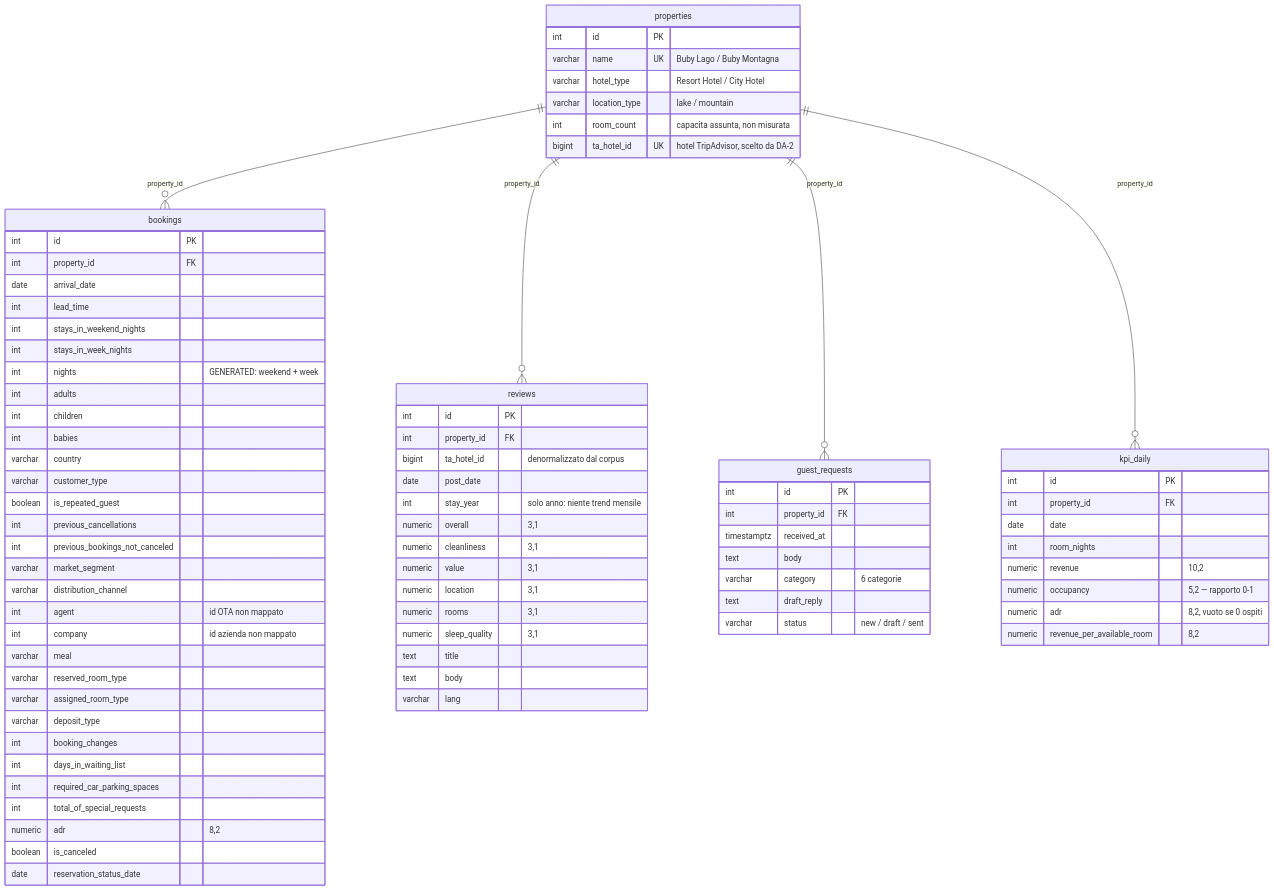
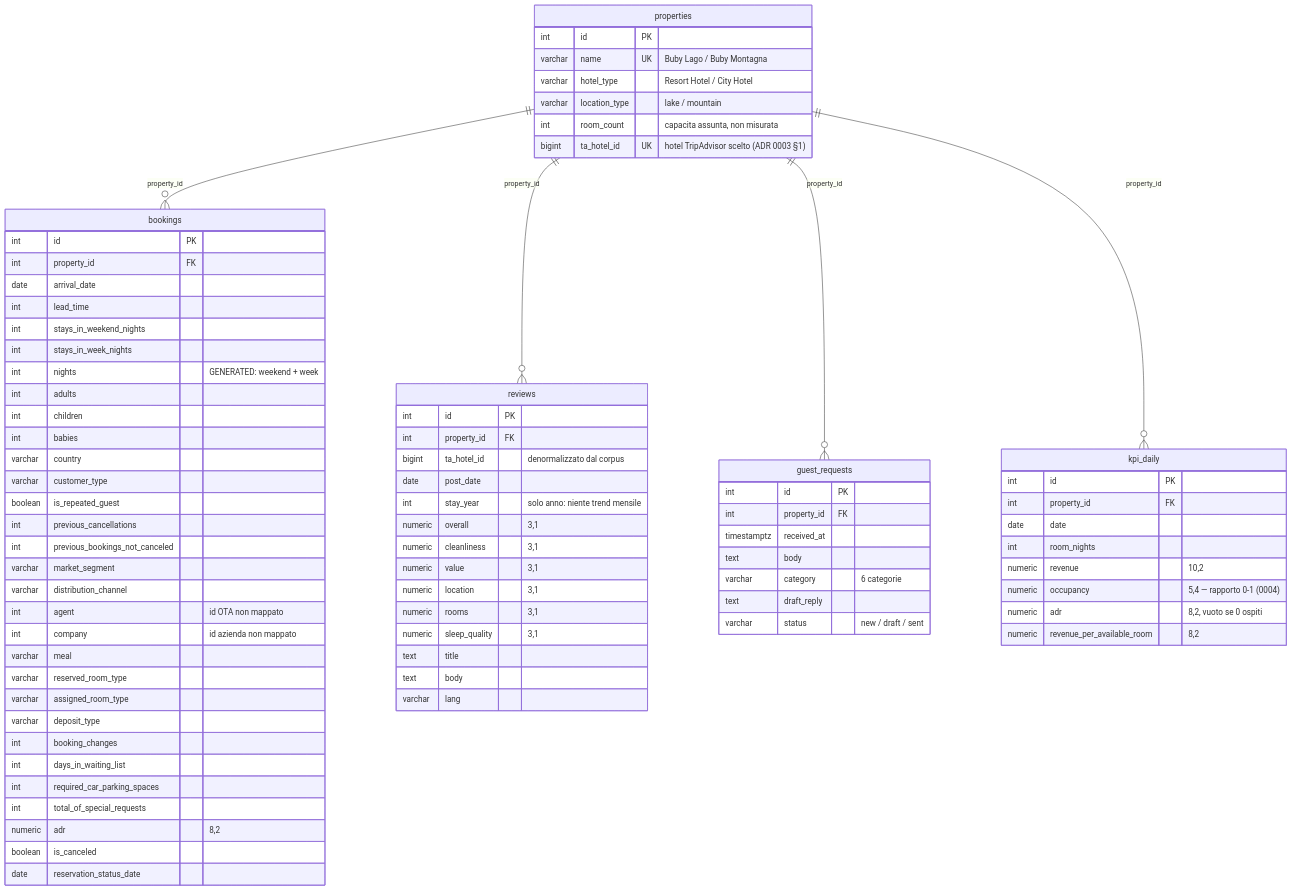
The diagram in docs/erd.md (suzukiven0m/finto-booking), drawn with Mermaid before and after one commit. The commit also changed other lines of this file and 24 other files, not shown here.

```diff
--- a/docs/erd.md
+++ b/docs/erd.md
@@ -17,7 +17,7 @@
         varchar hotel_type "Resort Hotel / City Hotel"
         varchar location_type "lake / mountain"
         int room_count "capacita assunta, non misurata"
-        bigint ta_hotel_id UK "hotel TripAdvisor, scelto da DA-2"
+        bigint ta_hotel_id UK "hotel TripAdvisor scelto (ADR 0003 §1)"
     }
 
     bookings {
@@ -86,7 +86,7 @@
         date date
         int room_nights
         numeric revenue "10,2"
-        numeric occupancy "5,2 — rapporto 0-1"
+        numeric occupancy "5,4 — rapporto 0-1 (0004)"
         numeric adr "8,2, vuoto se 0 ospiti"
         numeric revenue_per_available_room "8,2"
     }
```
